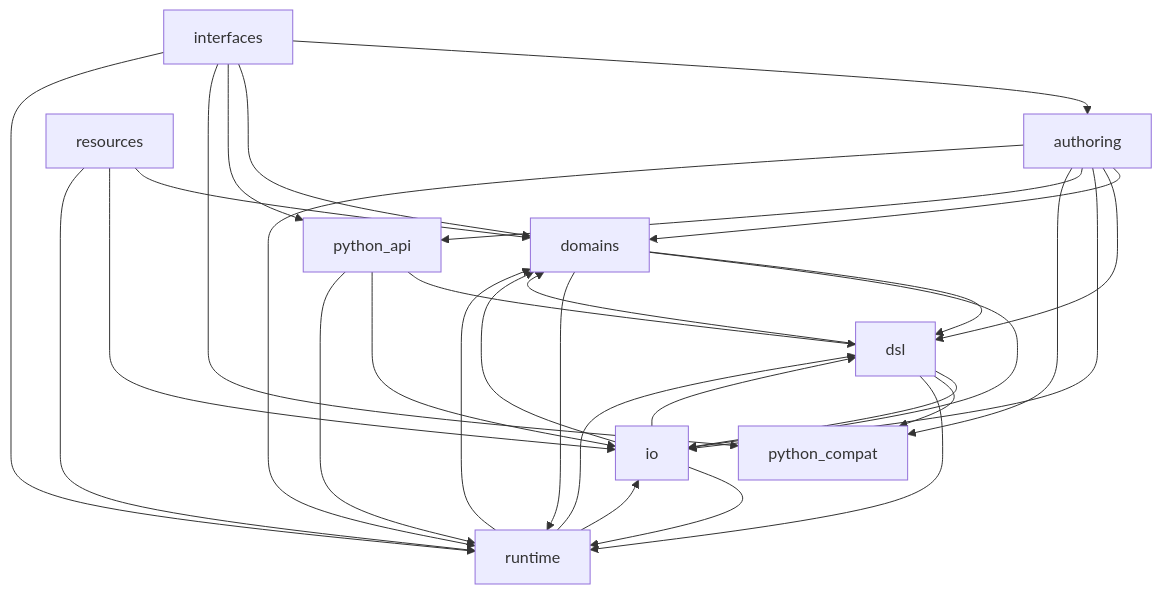
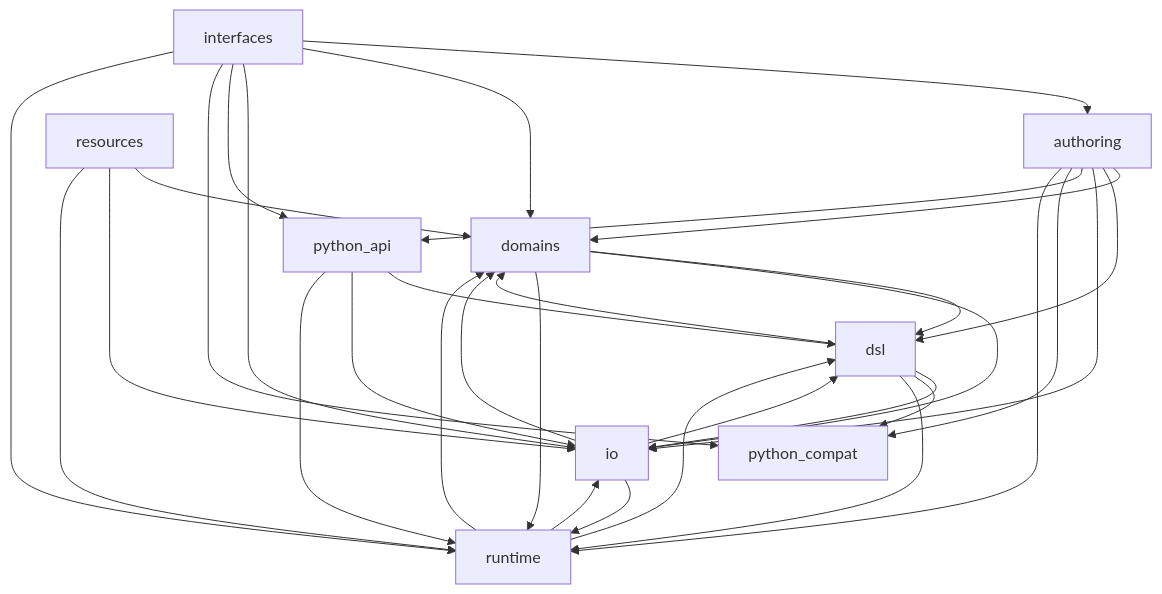
Before and after one commit to rapiddweller/datamimic: the second of 2 diagrams in docs/architecture/refactoring-study/experiment-2/target-architecture.md, drawn with Mermaid. The commit also changed 60 other files, not shown here.

````diff
--- a/docs/architecture/refactoring-study/experiment-2/target-architecture.md
+++ b/docs/architecture/refactoring-study/experiment-2/target-architecture.md
@@ -71,33 +71,34 @@
 ```mermaid
 graph TD
     authoring --> domains
     authoring --> dsl
     authoring --> io
     authoring --> python_api
     authoring --> python_compat
     authoring --> runtime
     domains --> dsl
     domains --> io
     domains --> runtime
     dsl --> domains
     dsl --> io
     dsl --> python_compat
     dsl --> runtime
     interfaces --> authoring
     interfaces --> domains
+    interfaces --> io
     interfaces --> python_api
     interfaces --> python_compat
     interfaces --> runtime
     io --> domains
     io --> dsl
     io --> runtime
     python_api --> dsl
     python_api --> io
     python_api --> runtime
     resources --> domains
     resources --> io
     resources --> runtime
     runtime --> domains
     runtime --> dsl
     runtime --> io
 ```
````
